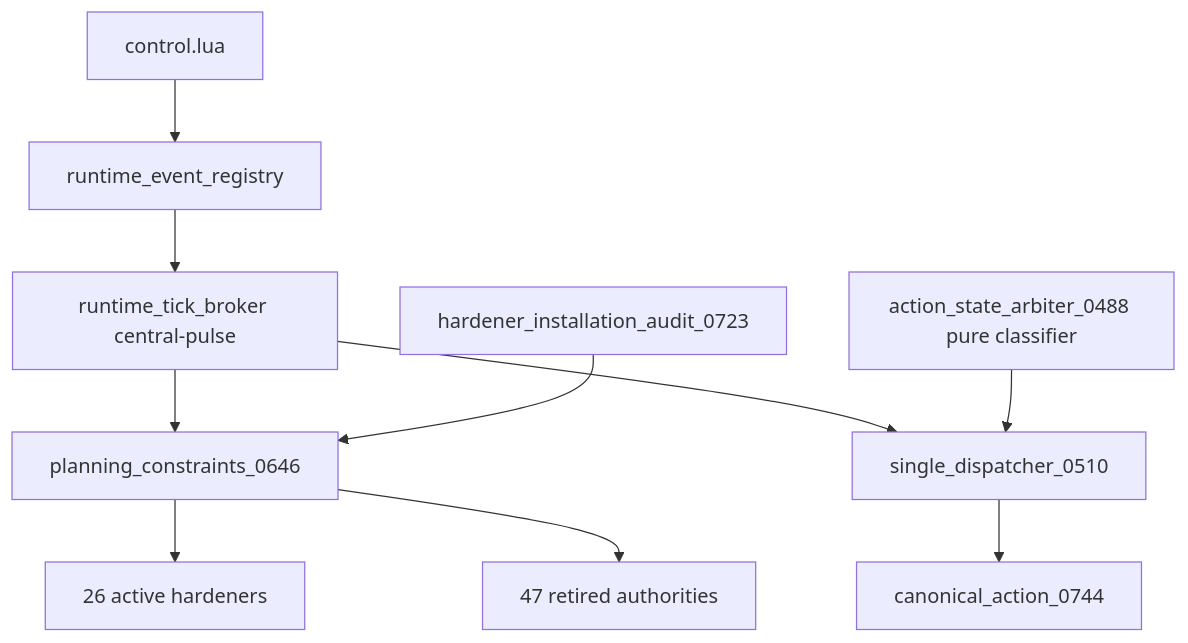
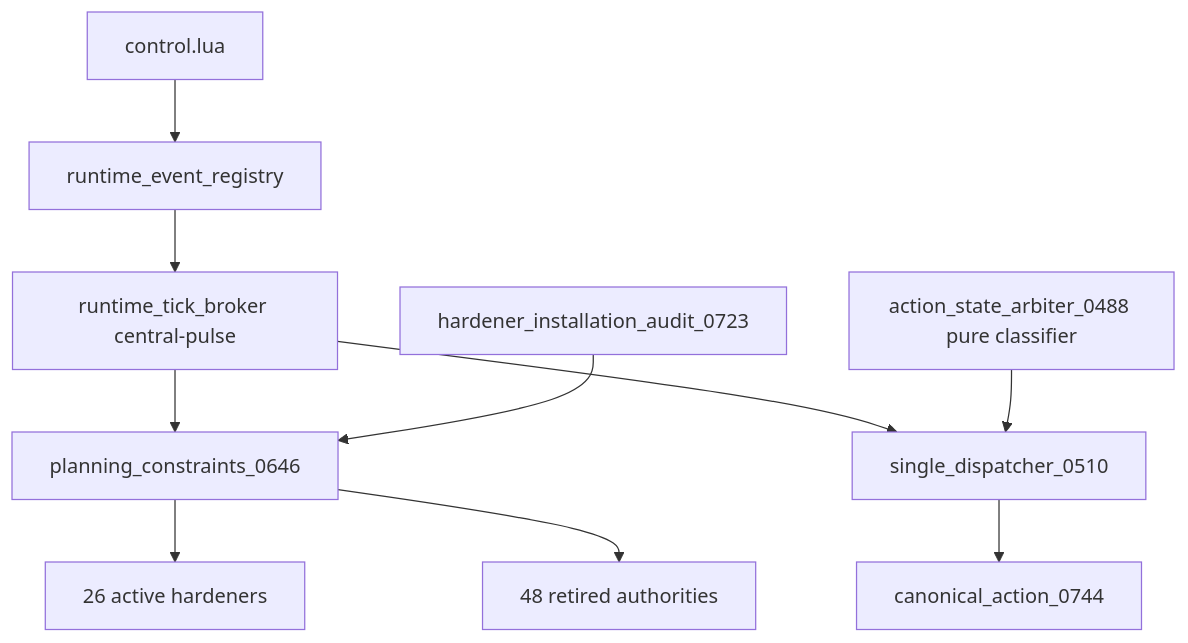
The first of 14 diagrams in docs/RECOVERY_AUTHORITY_MAP_CURRENT.md (mrcalzon02/Tech-Priests), drawn with Mermaid before and after one commit. The commit also changed other lines of this file and 141 other files, not shown here.

````diff
--- a/docs/RECOVERY_AUTHORITY_MAP_CURRENT.md
+++ b/docs/RECOVERY_AUTHORITY_MAP_CURRENT.md
@@ -13,12 +13,12 @@
 ```mermaid
 flowchart TD
     Control[control.lua] --> Registry[runtime_event_registry]
     Registry --> Broker[runtime_tick_broker central-pulse]
     Broker --> Planning[planning_constraints_0646]
     Planning --> Prearm[26 active hardeners]
-    Planning --> Retired[47 retired authorities]
+    Planning --> Retired[48 retired authorities]
     Broker --> Dispatcher[single_dispatcher_0510]
     Dispatcher --> Action[canonical_action_0744]
     Arbiter[action_state_arbiter_0488 pure classifier] --> Dispatcher
     Finalizer[hardener_installation_audit_0723] --> Planning
 ```
````
